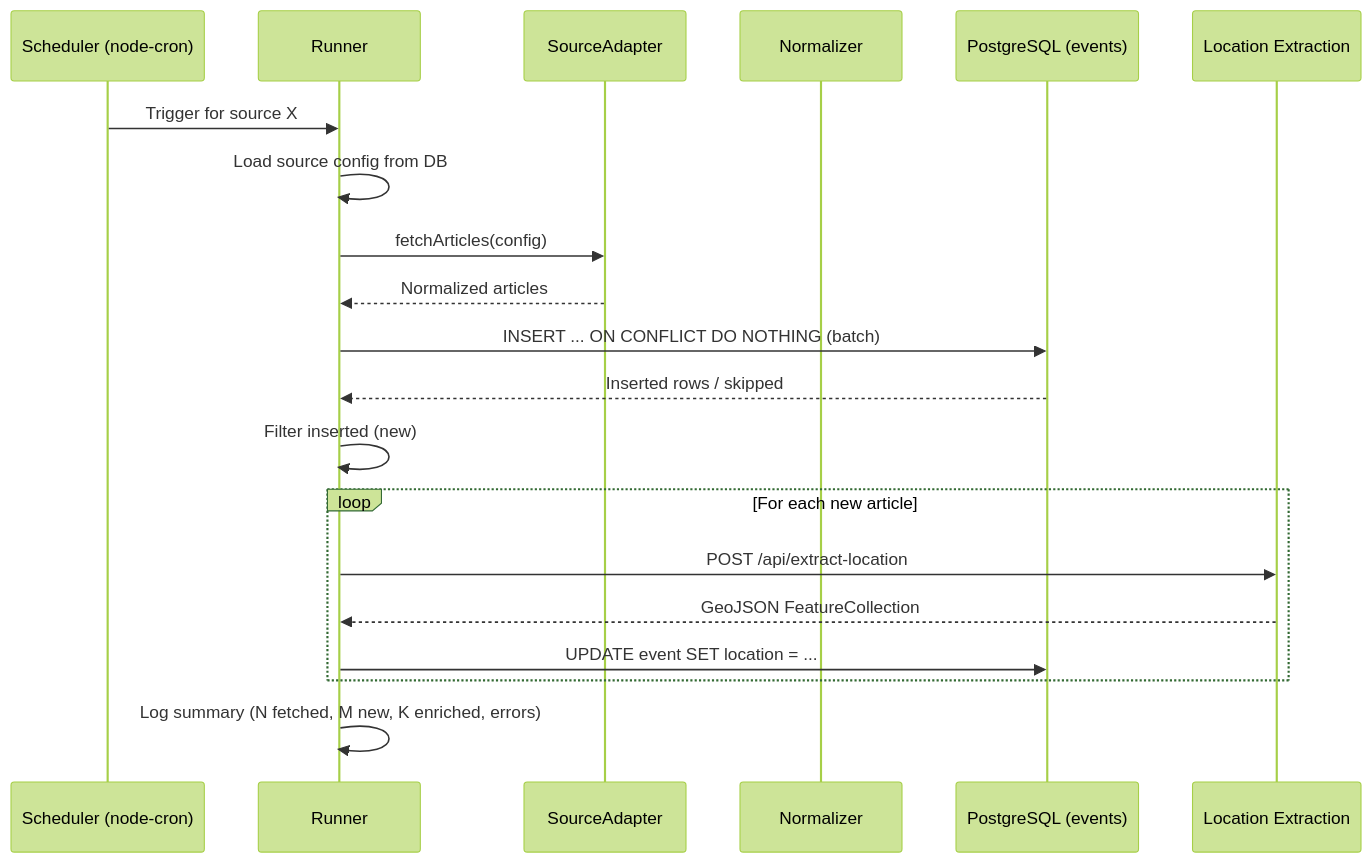
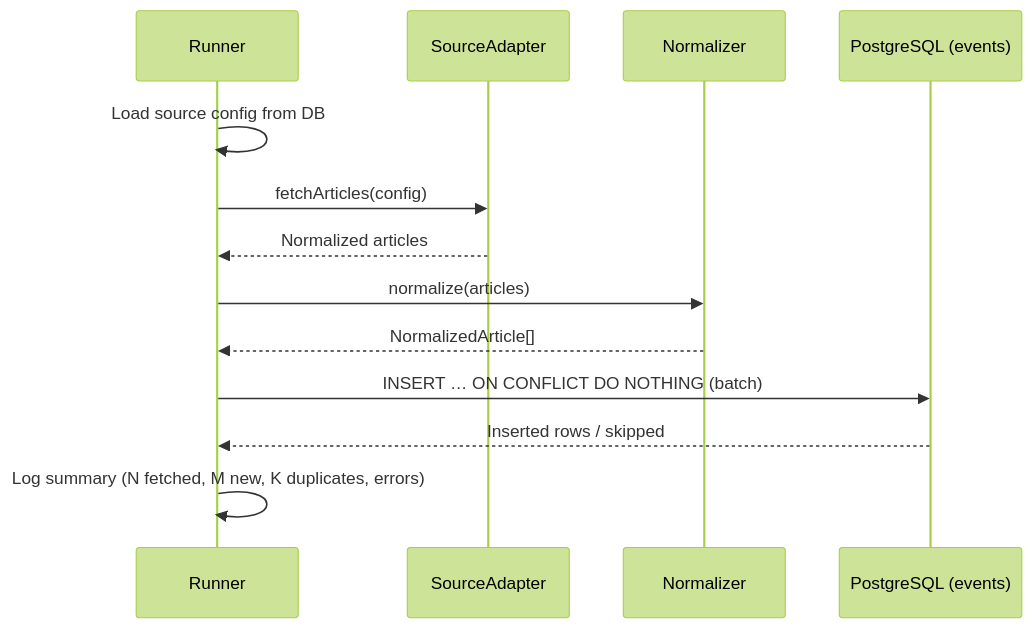
The second of 2 diagrams in docs/architecture/ingestion-worker.md (ConnectedWanderer/living-map), drawn with Mermaid (forest theme) before and after one commit. The commit also changed other lines of this file and 13 other files, not shown here.

````diff
--- a/docs/architecture/ingestion-worker.md
+++ b/docs/architecture/ingestion-worker.md
@@ -114,23 +105,16 @@
 ```mermaid
 sequenceDiagram
-    participant S as Scheduler (node-cron)
     participant R as Runner
     participant SA as SourceAdapter
     participant N as Normalizer
     participant DB as PostgreSQL (events)
-    participant LE as Location Extraction
 
-    S->>R: Trigger for source X
     R->>R: Load source config from DB
     R->>SA: fetchArticles(config)
     SA-->>R: Normalized articles
-    R->>DB: INSERT ... ON CONFLICT DO NOTHING (batch)
+    R->>N: normalize(articles)
+    N-->>R: NormalizedArticle[]
+    R->>DB: INSERT … ON CONFLICT DO NOTHING (batch)
     DB-->>R: Inserted rows / skipped
-    R->>R: Filter inserted (new)
-    loop For each new article
-        R->>LE: POST /api/extract-location
-        LE-->>R: GeoJSON FeatureCollection
-        R->>DB: UPDATE event SET location = ...
-    end
-    R->>R: Log summary (N fetched, M new, K enriched, errors)
+    R->>R: Log summary (N fetched, M new, K duplicates, errors)
 ```
````
